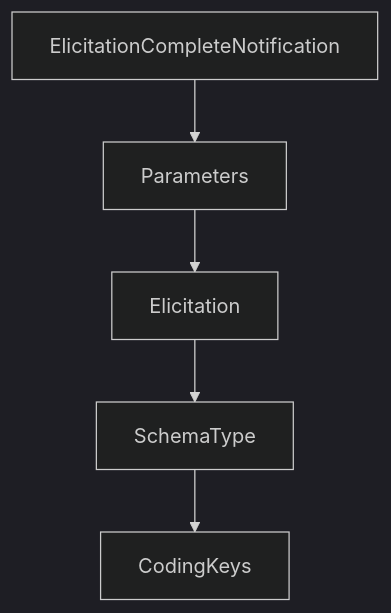
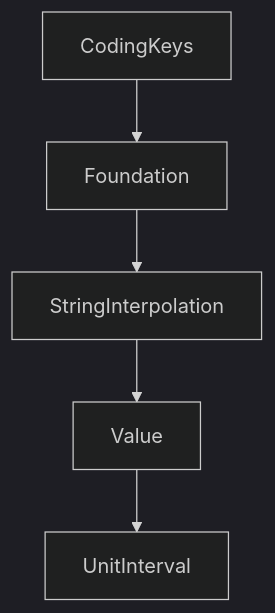
Before and after one commit to johnxie/awesome-code-docs: the diagram in tutorials/mcp-swift-sdk-tutorial/07-strict-mode-batching-logging-and-debugging.md, drawn with Mermaid (dark theme). The commit also changed other lines of this file and 1232 other files, not shown here.

````diff
--- a/tutorials/mcp-swift-sdk-tutorial/07-strict-mode-batching-logging-and-debugging.md
+++ b/tutorials/mcp-swift-sdk-tutorial/07-strict-mode-batching-logging-and-debugging.md
@@ -196,12 +209,12 @@
 ```mermaid
 flowchart TD
-    A[ElicitationCompleteNotification]
-    B[Parameters]
-    C[Elicitation]
-    D[SchemaType]
-    E[CodingKeys]
+    A[CodingKeys]
+    B[Foundation]
+    C[StringInterpolation]
+    D[Value]
+    E[UnitInterval]
     A --> B
     B --> C
     C --> D
     D --> E
 ```
````
